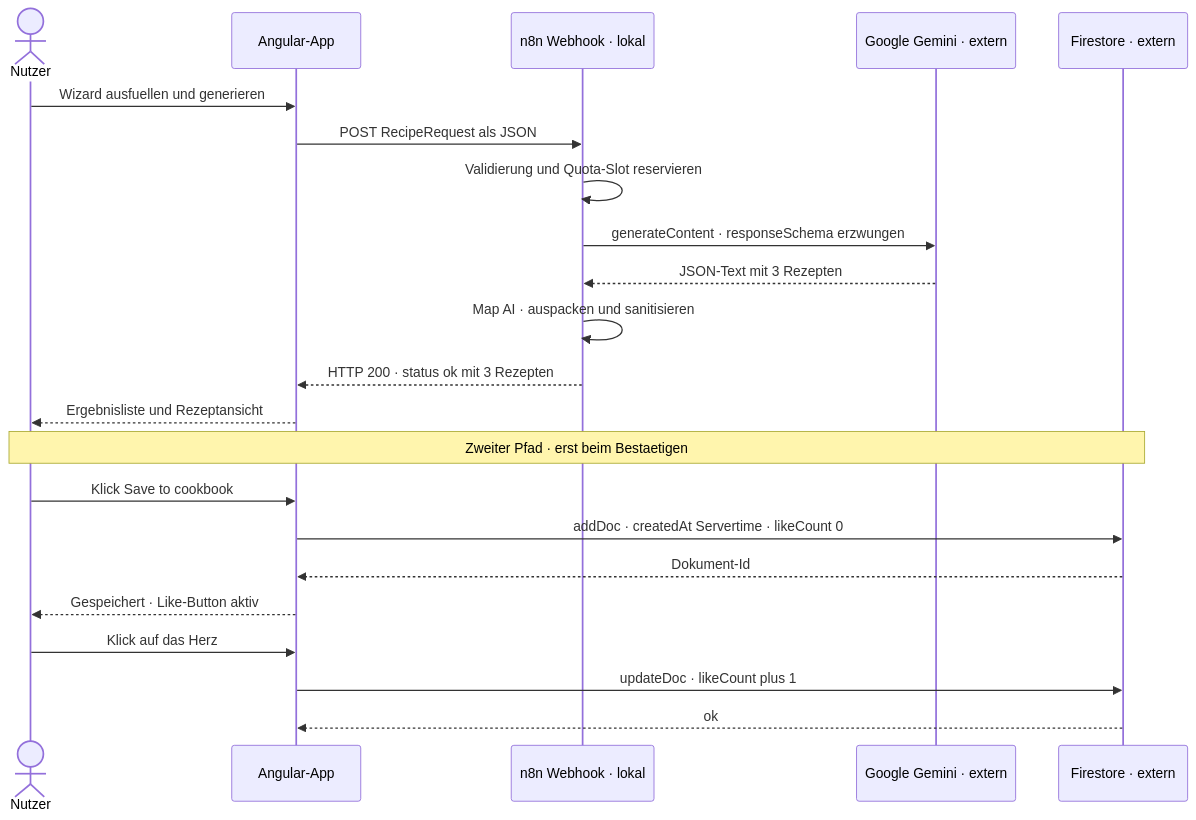
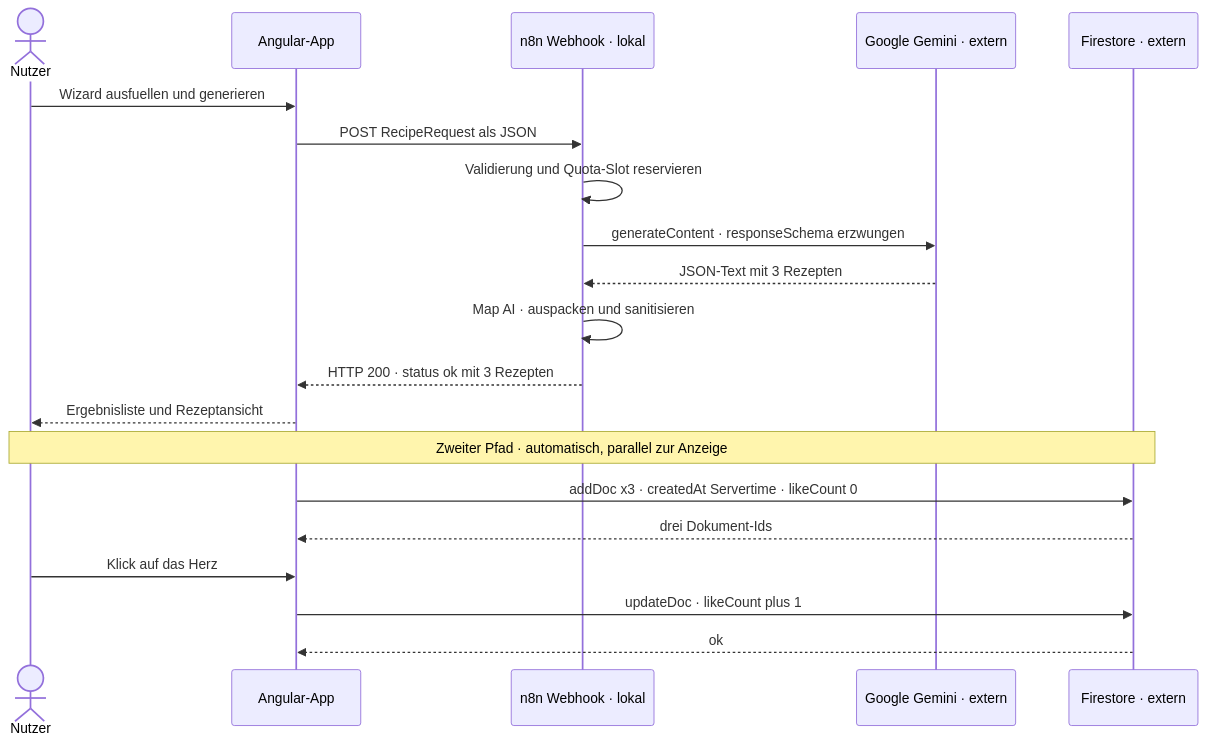
One commit to ttoebbe/code-a-cuisine changed the fourth of 4 diagrams in docs/architektur.md. Above: the diagram before and after it, drawn with Mermaid. The commit also changed other lines of this file and 15 other files, not shown here.

First line of the commit message:
feat(recipes): save every generated recipe to the cookbook automatically

````diff
--- a/docs/architektur.md
+++ b/docs/architektur.md
@@ -334,26 +355,24 @@
 ```mermaid
 sequenceDiagram
   actor User as Nutzer
   participant NG as Angular-App
   participant N8N as n8n Webhook · lokal
   participant AI as Google Gemini · extern
   participant FS as Firestore · extern
 
   User->>NG: Wizard ausfuellen und generieren
   NG->>N8N: POST RecipeRequest als JSON
   N8N->>N8N: Validierung und Quota-Slot reservieren
   N8N->>AI: generateContent · responseSchema erzwungen
   AI-->>N8N: JSON-Text mit 3 Rezepten
   N8N->>N8N: Map AI · auspacken und sanitisieren
   N8N-->>NG: HTTP 200 · status ok mit 3 Rezepten
   NG-->>User: Ergebnisliste und Rezeptansicht
 
-  Note over User,FS: Zweiter Pfad · erst beim Bestaetigen
-  User->>NG: Klick Save to cookbook
-  NG->>FS: addDoc · createdAt Servertime · likeCount 0
-  FS-->>NG: Dokument-Id
-  NG-->>User: Gespeichert · Like-Button aktiv
+  Note over User,FS: Zweiter Pfad · automatisch, parallel zur Anzeige
+  NG->>FS: addDoc x3 · createdAt Servertime · likeCount 0
+  FS-->>NG: drei Dokument-Ids
   User->>NG: Klick auf das Herz
   NG->>FS: updateDoc · likeCount plus 1
   FS-->>NG: ok
 ```
````
